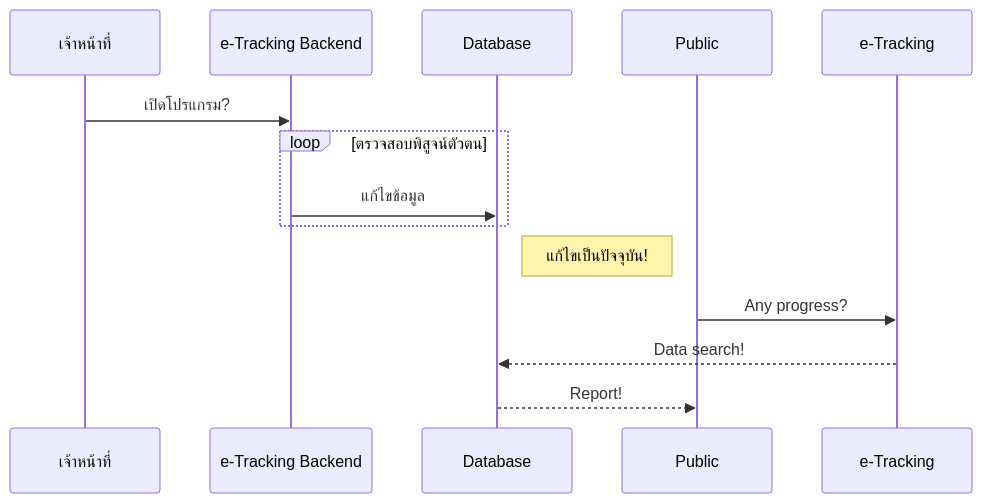
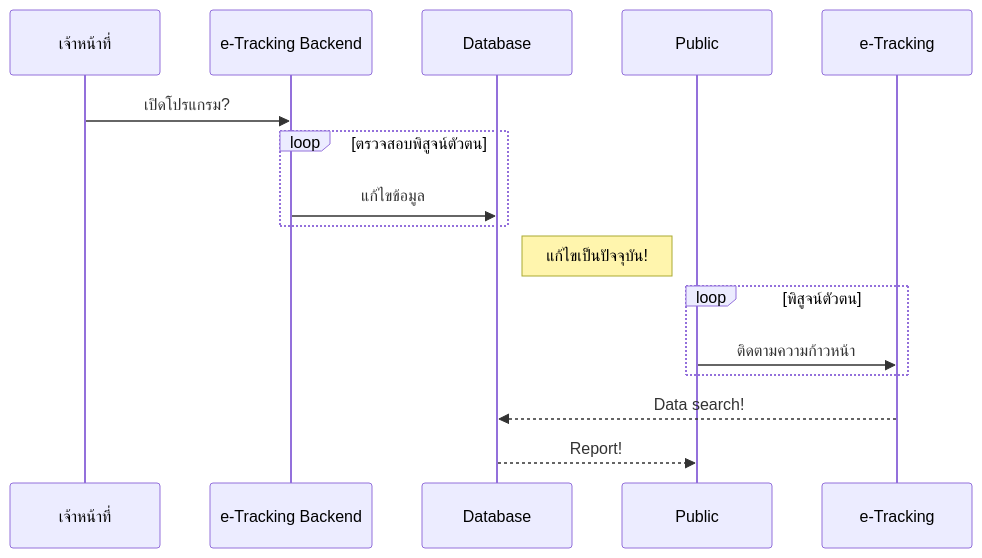
The second of 2 diagrams in README.md (Kietpawpan/e-tracking), drawn with Mermaid before and after one commit.

````diff
--- a/README.md
+++ b/README.md
@@ -28,11 +28,13 @@
 ```mermaid
 sequenceDiagram
 เจ้าหน้าที่->>e-Tracking Backend: เปิดโปรแกรม?
 loop ตรวจสอบพิสูจน์ตัวตน
     e-Tracking Backend->>Database: แก้ไขข้อมูล
 end
 Note right of Database: แก้ไขเป็นปัจจุบัน!
-Public->>e-Tracking: Any progress?
+loop พิสูจน์ตัวตน
+Public->>e-Tracking: ติดตามความก้าวหน้า
+end
 e-Tracking-->>Database: Data search!
 Database-->>Public: Report!
 ```
````
